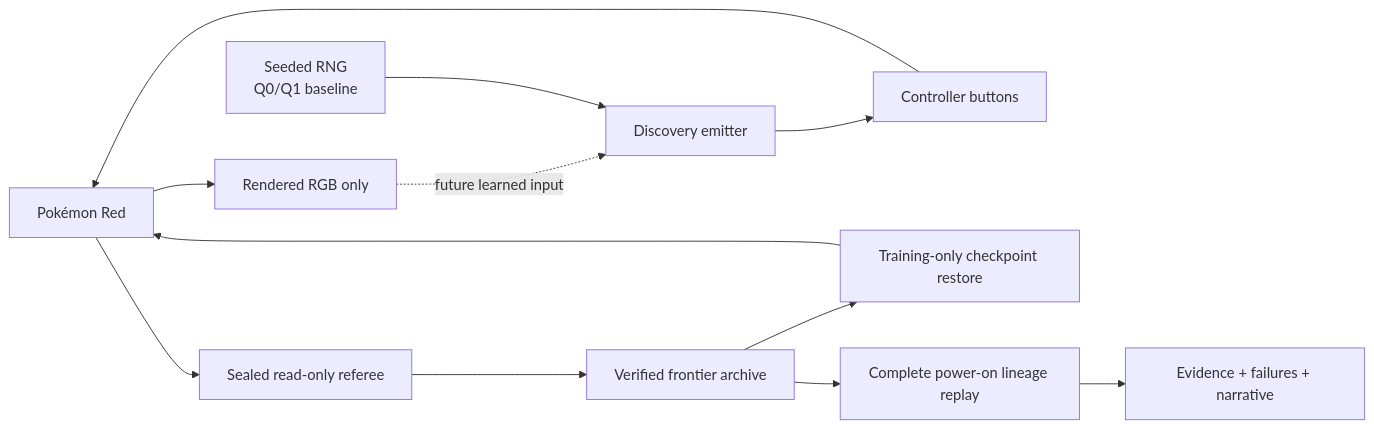
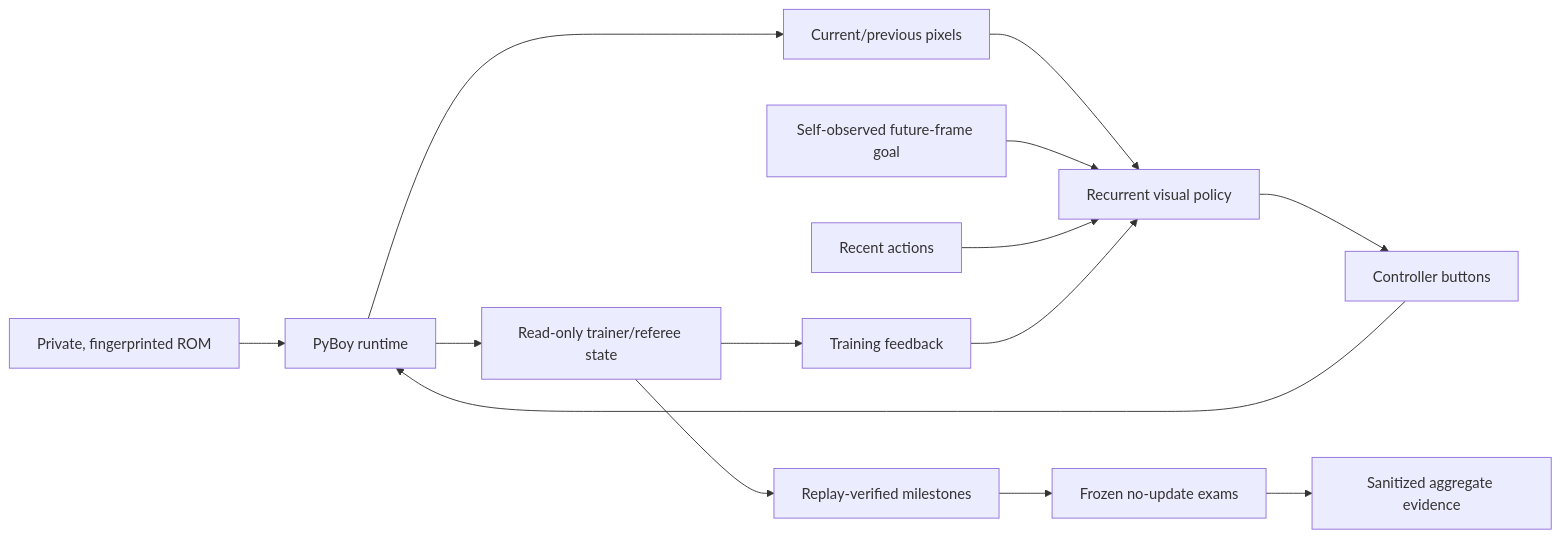
Before and after one commit to PeteAndrews1289/pokemon-red-ai: the diagram in README.md, drawn with Mermaid. The commit also changed other lines of this file and 14 other files, not shown here.

````diff
--- a/README.md
+++ b/README.md
@@ -279,14 +65,17 @@
 ```mermaid
 flowchart LR
-    Game["Pokémon Red"] --> Pixels["Rendered RGB only"]
-    Pixels -. "future learned input" .-> Emitter["Discovery emitter"]
-    RNG["Seeded RNG<br/>Q0/Q1 baseline"] --> Emitter
-    Emitter --> Act["Controller buttons"]
-    Act --> Game
-    Game --> Referee["Sealed read-only referee"]
-    Referee --> Archive["Verified frontier archive"]
-    Archive --> Restore["Training-only checkpoint restore"]
-    Restore --> Game
-    Archive --> Replay["Complete power-on lineage replay"]
-    Replay --> Story["Evidence + failures + narrative"]
+    ROM["Private, fingerprinted ROM"] --> Game["PyBoy runtime"]
+    Game --> Pixels["Current/previous pixels"]
+    Pixels --> Actor["Recurrent visual policy"]
+    Goal["Self-observed future-frame goal"] --> Actor
+    History["Recent actions"] --> Actor
+    Actor --> Buttons["Controller buttons"]
+    Buttons --> Game
+
+    Game --> Referee["Read-only trainer/referee state"]
+    Referee --> Reward["Training feedback"]
+    Referee --> Verify["Replay-verified milestones"]
+    Verify --> Exams["Frozen no-update exams"]
+    Reward --> Actor
+    Exams --> Evidence["Sanitized aggregate evidence"]
 ```
````
